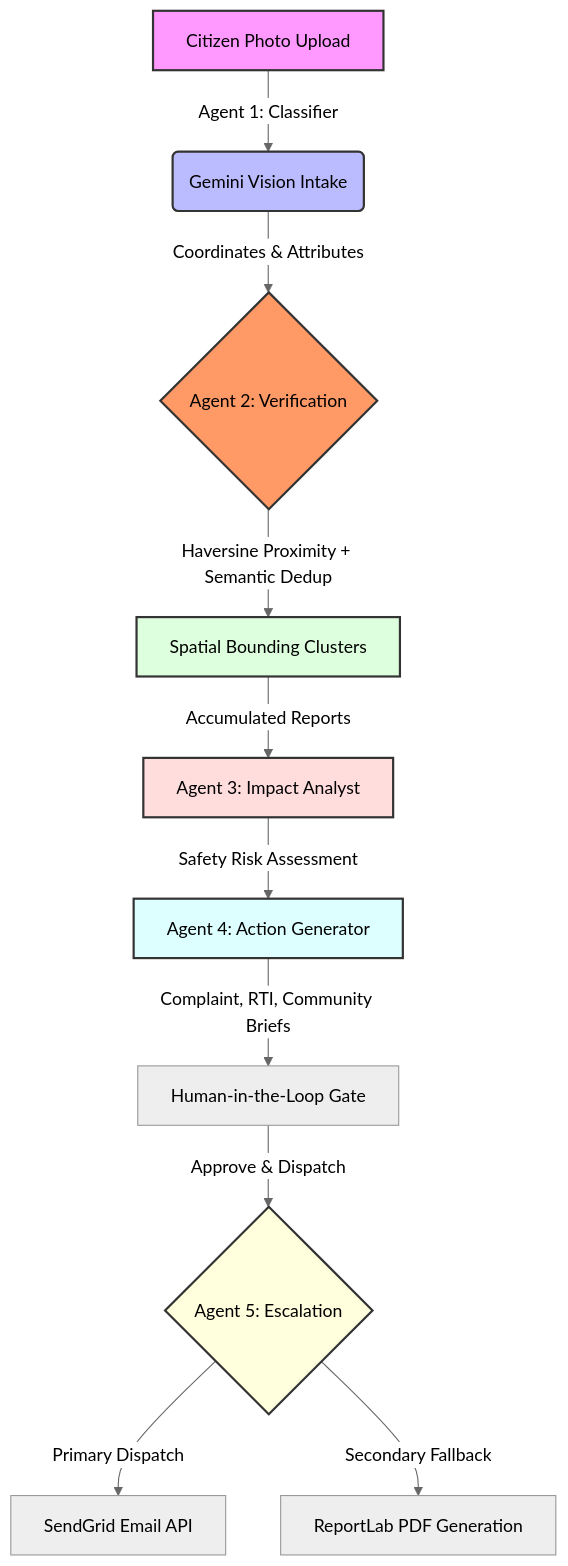
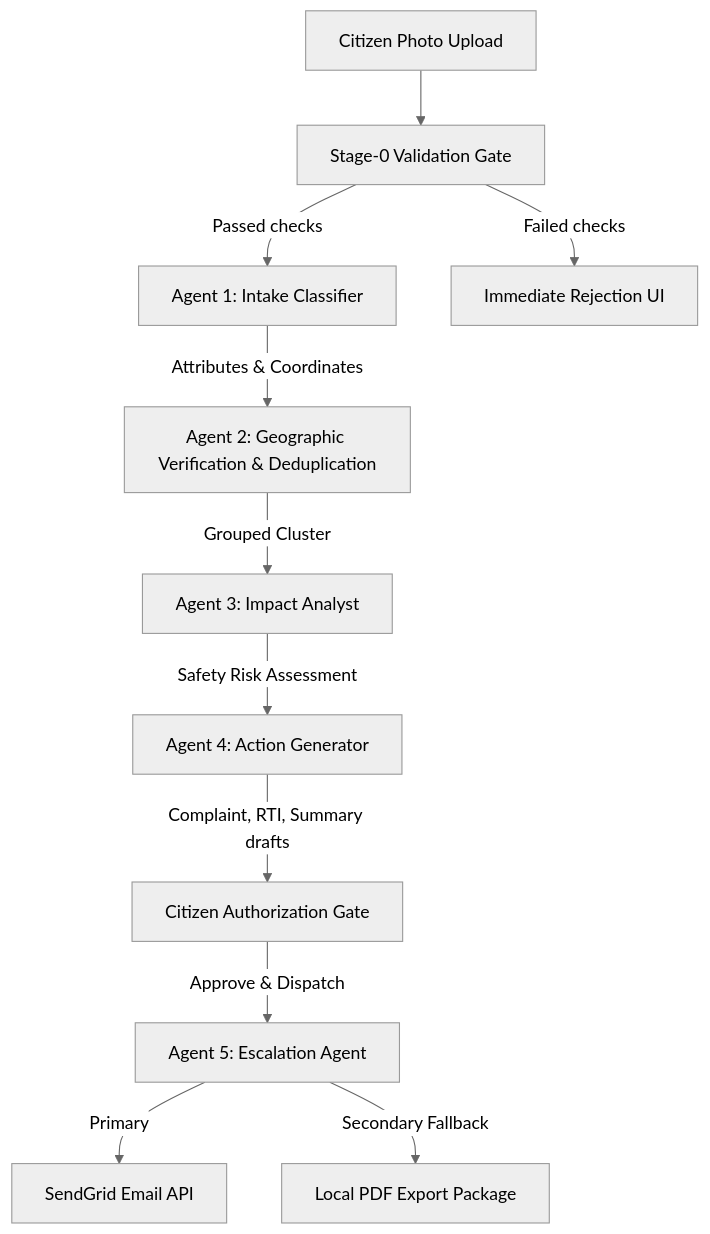
Before and after one commit to acchasujal/CivicPulse: the diagram in README.md, drawn with Mermaid (neutral theme). The commit also changed other lines of this file and 26 other files, not shown here.

````diff
--- a/README.md
+++ b/README.md
@@ -50,20 +26,13 @@
 ```mermaid
 graph TD
-    A[Citizen Photo Upload] -->|Agent 1: Classifier| B(Gemini Vision Intake)
-    B -->|Coordinates & Attributes| C{Agent 2: Verification}
-    C -->|Haversine Proximity + Semantic Dedup| D[Spatial Bounding Clusters]
-    D -->|Accumulated Reports| E[Agent 3: Impact Analyst]
+    A[Citizen Photo Upload] --> B[Stage-0 Validation Gate]
+    B -->|Passed checks| C[Agent 1: Intake Classifier]
+    B -->|Failed checks| X[Immediate Rejection UI]
+    C -->|Attributes & Coordinates| D[Agent 2: Geographic Verification & Deduplication]
+    D -->|Grouped Cluster| E[Agent 3: Impact Analyst]
     E -->|Safety Risk Assessment| F[Agent 4: Action Generator]
-    F -->|Complaint, RTI, Community Briefs| G[Human-in-the-Loop Gate]
-    G -->|Approve & Dispatch| H{Agent 5: Escalation}
-    H -->|Primary Dispatch| I[SendGrid Email API]
-    H -->|Secondary Fallback| J[ReportLab PDF Generation]
-    
-    style A fill:#f9f,stroke:#333,stroke-width:2px
-    style B fill:#bbf,stroke:#333,stroke-width:2px
-    style C fill:#f96,stroke:#333,stroke-width:2px
-    style D fill:#dfd,stroke:#333,stroke-width:2px
-    style E fill:#fdd,stroke:#333,stroke-width:2px
-    style F fill:#dff,stroke:#333,stroke-width:2px
-    style H fill:#ffd,stroke:#333,stroke-width:2px
+    F -->|Complaint, RTI, Summary drafts| G[Citizen Authorization Gate]
+    G -->|Approve & Dispatch| H[Agent 5: Escalation Agent]
+    H -->|Primary| I[SendGrid Email API]
+    H -->|Secondary Fallback| J[Local PDF Export Package]
 ```
````
